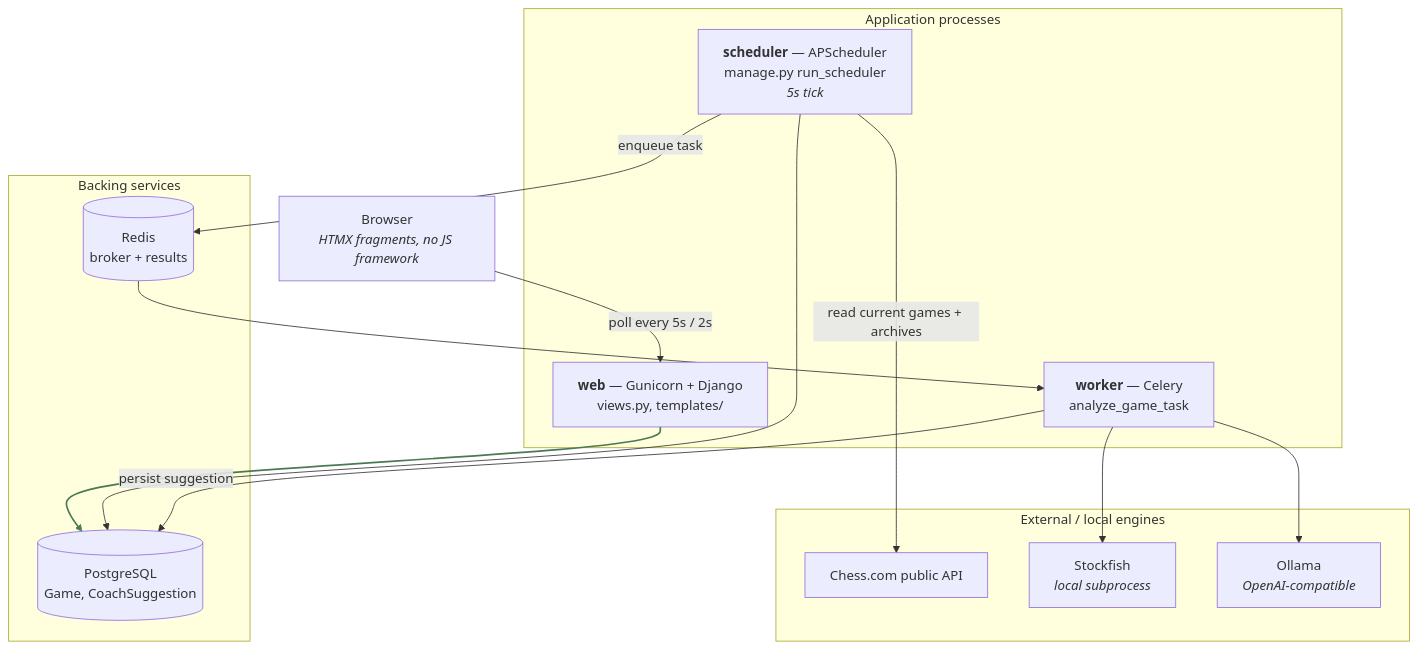
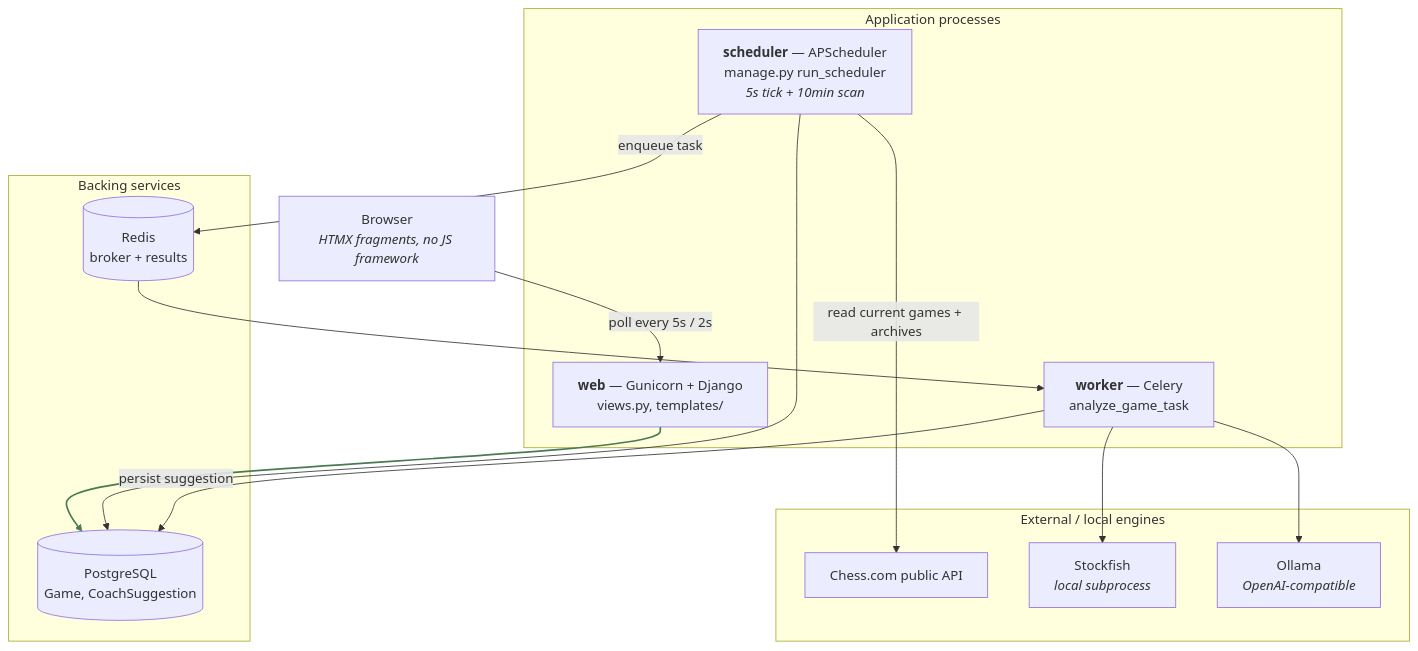
The first of 2 diagrams in docs/architecture.md (gab-25/chessdotcom_ai_coach), drawn with Mermaid before and after one commit. The commit also changed other lines of this file and 29 other files, not shown here.

````diff
--- a/docs/architecture.md
+++ b/docs/architecture.md
@@ -14,33 +14,33 @@
 ```mermaid
 graph TD
     Browser["Browser<br/><i>HTMX fragments, no JS framework</i>"]
 
     subgraph app["Application processes"]
         Web["<b>web</b> — Gunicorn + Django<br/>views.py, templates/"]
-        Sched["<b>scheduler</b> — APScheduler<br/>manage.py run_scheduler<br/><i>5s tick</i>"]
+        Sched["<b>scheduler</b> — APScheduler<br/>manage.py run_scheduler<br/><i>5s tick + 10min scan</i>"]
         Worker["<b>worker</b> — Celery<br/>analyze_game_task"]
     end
 
     subgraph infra["Backing services"]
         PG[("PostgreSQL<br/>Game, CoachSuggestion")]
         Redis[("Redis<br/>broker + results")]
     end
 
     subgraph ext["External / local engines"]
         ChessCom["Chess.com public API"]
         SF["Stockfish<br/><i>local subprocess</i>"]
         LLM["Ollama<br/><i>OpenAI-compatible</i>"]
     end
 
     Browser -->|"poll every 5s / 2s"| Web
     Web --> PG
     Sched -->|"read current games + archives"| ChessCom
     Sched --> PG
     Sched -->|"enqueue task"| Redis
     Redis --> Worker
     Worker --> SF
     Worker --> LLM
     Worker -->|"persist suggestion"| PG
 
     linkStyle 1 stroke:#4a7a52,stroke-width:2px
 ```
````
